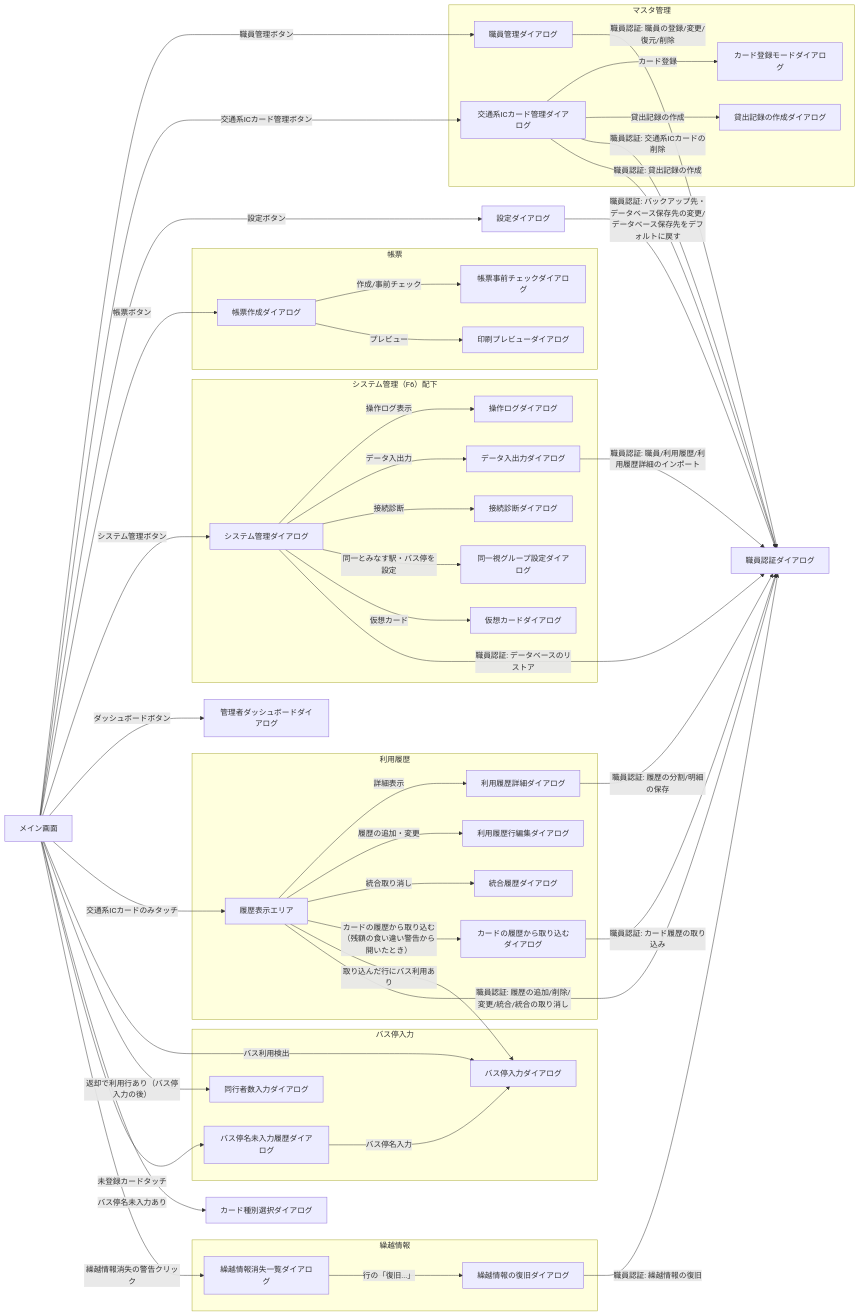
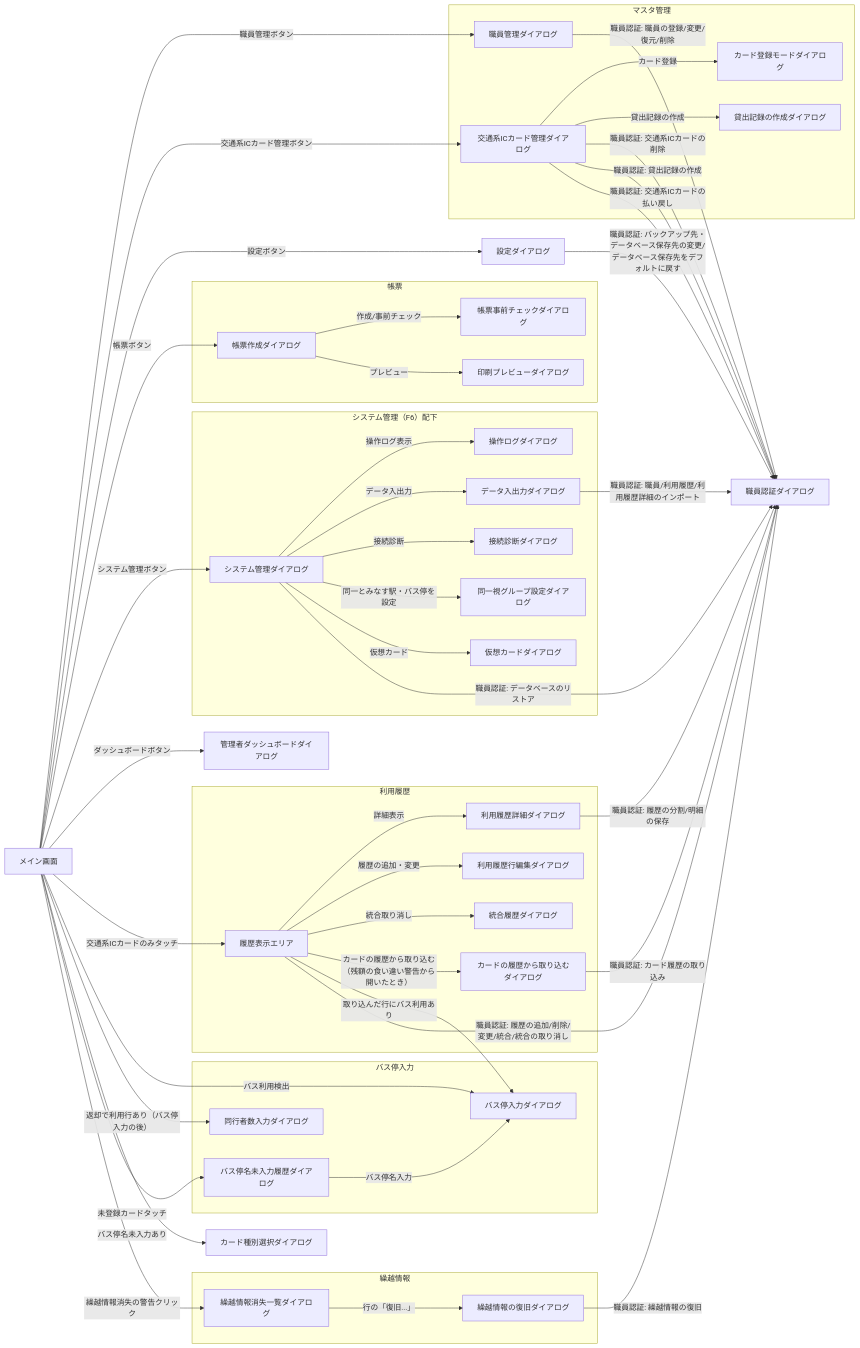
One commit to kuwayamamasayuki/ICCardManager changed the first of 2 diagrams in ICCardManager/docs/design/03_画面設計書.md. Above: the diagram before and after it, drawn with Mermaid. The commit also changed other lines of this file and 20 other files, not shown here.

```diff
--- a/ICCardManager/docs/design/03_画面設計書.md
+++ b/ICCardManager/docs/design/03_画面設計書.md
@@ -96,6 +96,7 @@
 
     CARD -->|職員認証: 交通系ICカードの削除| STAFFAUTH
     CARD -->|職員認証: 貸出記録の作成| STAFFAUTH
+    CARD -->|職員認証: 交通系ICカードの払い戻し| STAFFAUTH
     STAFF -->|職員認証: 職員の登録/変更/復元/削除| STAFFAUTH
     HISTORY -->|職員認証: 履歴の追加/削除/変更/統合/統合の取り消し| STAFFAUTH
     LEDGERDETAIL -->|職員認証: 履歴の分割/明細の保存| STAFFAUTH
```
